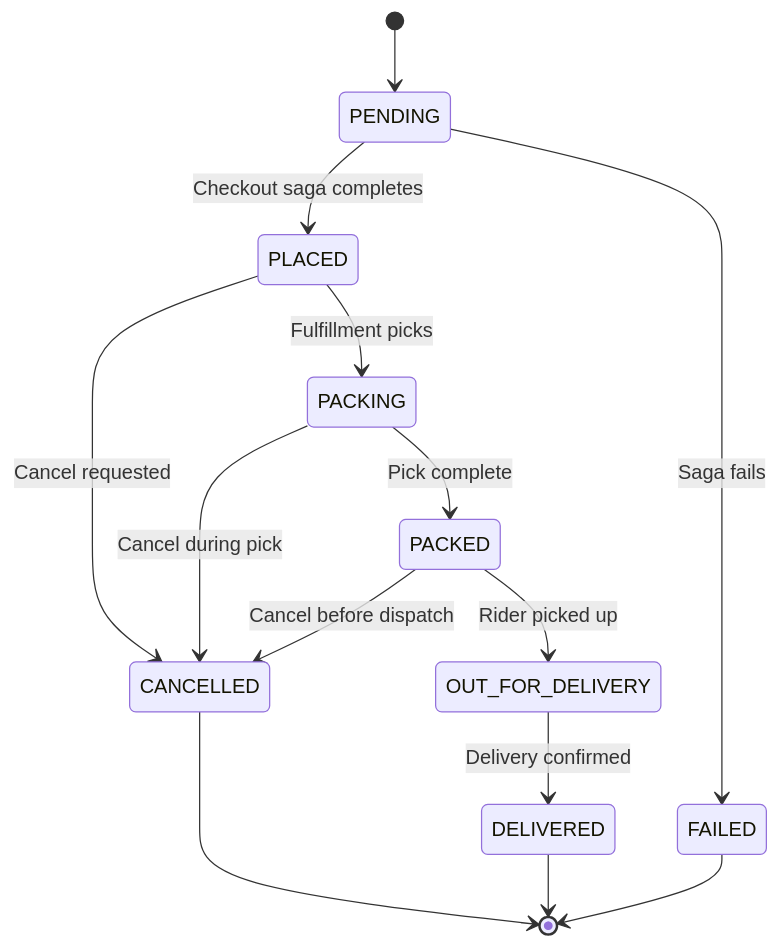
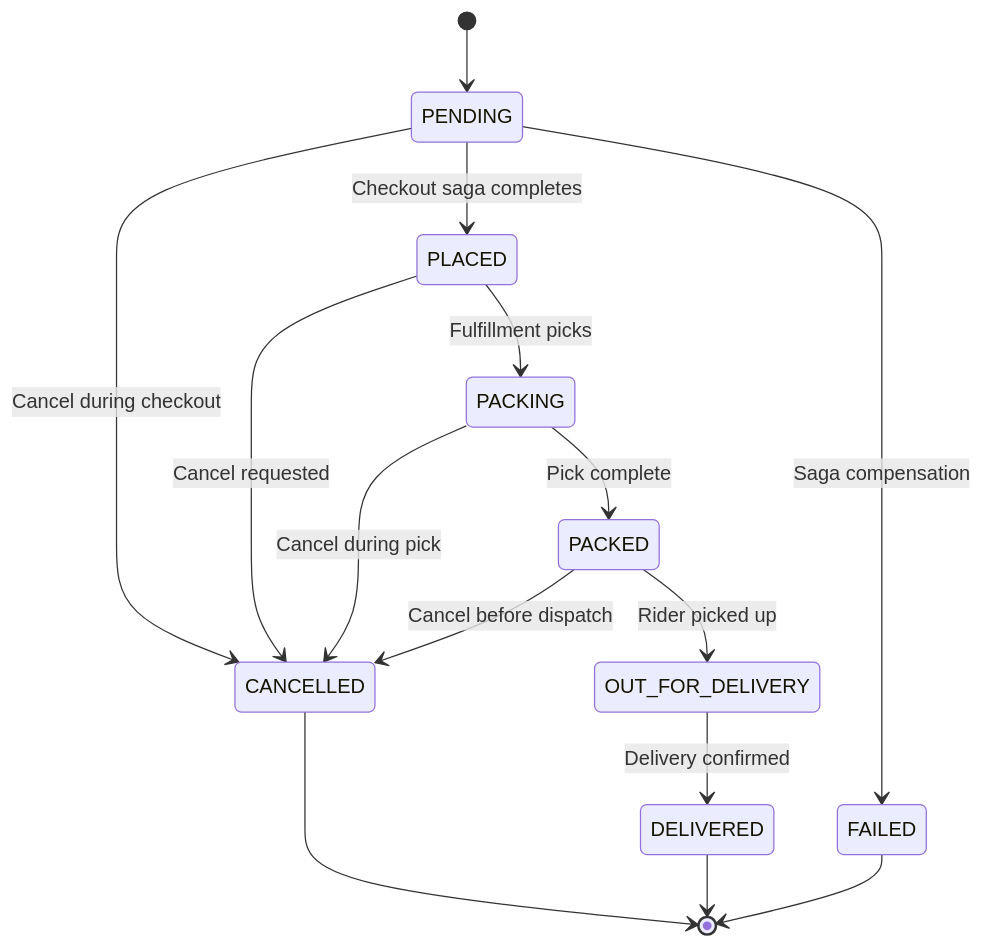
The fourth of 8 diagrams in services/order-service/README.md (sunitakeazycommerz-a11y/InstaCommerce), drawn with Mermaid before and after one commit. The commit also changed other lines of this file and 554 other files, not shown here.

````diff
--- a/services/order-service/README.md
+++ b/services/order-service/README.md
@@ -28,16 +325,17 @@
 ```mermaid
 stateDiagram-v2
     [*] --> PENDING
-    PENDING --> PLACED: Checkout saga completes
-    PENDING --> FAILED: Saga fails
-    PLACED --> PACKING: Fulfillment picks
-    PACKING --> PACKED: Pick complete
-    PACKED --> OUT_FOR_DELIVERY: Rider picked up
-    OUT_FOR_DELIVERY --> DELIVERED: Delivery confirmed
-    PLACED --> CANCELLED: Cancel requested
-    PACKING --> CANCELLED: Cancel during pick
-    PACKED --> CANCELLED: Cancel before dispatch
+    PENDING --> PLACED : Checkout saga completes
+    PENDING --> FAILED : Saga compensation
+    PENDING --> CANCELLED : Cancel during checkout
+    PLACED --> PACKING : Fulfillment picks
+    PLACED --> CANCELLED : Cancel requested
+    PACKING --> PACKED : Pick complete
+    PACKING --> CANCELLED : Cancel during pick
+    PACKED --> OUT_FOR_DELIVERY : Rider picked up
+    PACKED --> CANCELLED : Cancel before dispatch
+    OUT_FOR_DELIVERY --> DELIVERED : Delivery confirmed
     CANCELLED --> [*]
     DELIVERED --> [*]
     FAILED --> [*]
 ```
````
